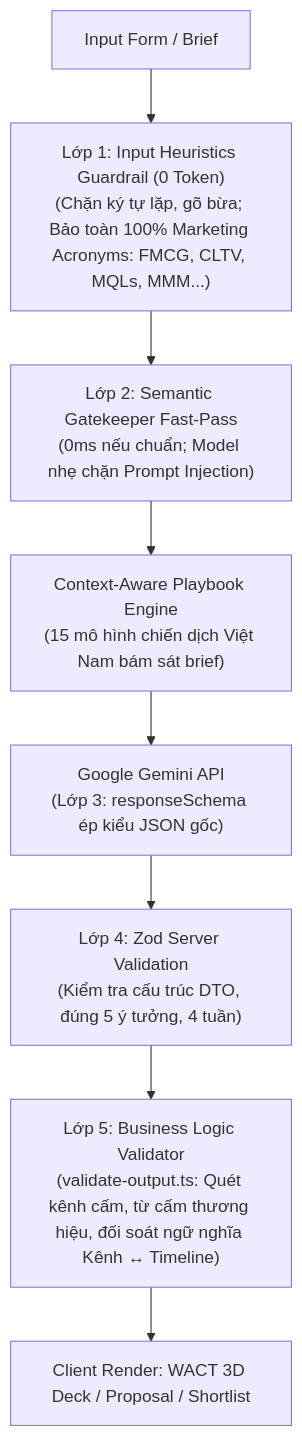
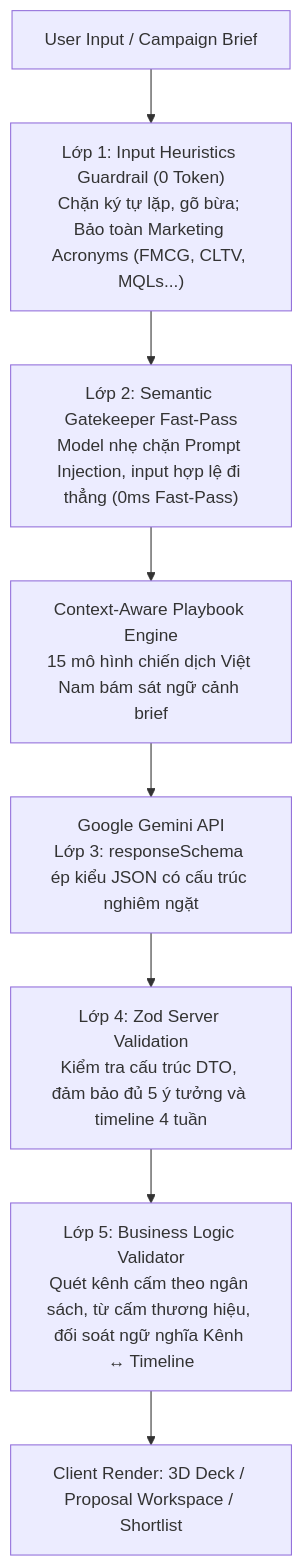
One commit to ngtkhanh/Marketing_AISupport changed the diagram in README.md. Above: the diagram before and after it, drawn with Mermaid. The commit also changed other lines of this file and 1 other file, not shown here.

````diff
--- a/README.md
+++ b/README.md
@@ -111,10 +70,10 @@
 ```mermaid
 flowchart TD
-    A["Input Form / Brief"] --> B["Lớp 1: Input Heuristics Guardrail (0 Token)<br>(Chặn ký tự lặp, gõ bừa; Bảo toàn 100% Marketing Acronyms: FMCG, CLTV, MQLs, MMM...)"]
-    B --> C["Lớp 2: Semantic Gatekeeper Fast-Pass<br>(0ms nếu chuẩn; Model nhẹ chặn Prompt Injection)"]
-    C --> D["Context-Aware Playbook Engine<br>(15 mô hình chiến dịch Việt Nam bám sát brief)"]
-    D --> E["Google Gemini API<br>(Lớp 3: responseSchema ép kiểu JSON gốc)"]
-    E --> F["Lớp 4: Zod Server Validation<br>(Kiểm tra cấu trúc DTO, đúng 5 ý tưởng, 4 tuần)"]
-    F --> G["Lớp 5: Business Logic Validator<br>(validate-output.ts: Quét kênh cấm, từ cấm thương hiệu, đối soát ngữ nghĩa Kênh ↔ Timeline)"]
-    G --> H["Client Render: WACT 3D Deck / Proposal / Shortlist"]
+    A["User Input / Campaign Brief"] --> B["Lớp 1: Input Heuristics Guardrail (0 Token)<br>Chặn ký tự lặp, gõ bừa; Bảo toàn Marketing Acronyms (FMCG, CLTV, MQLs...)"]
+    B --> C["Lớp 2: Semantic Gatekeeper Fast-Pass<br>Model nhẹ chặn Prompt Injection, input hợp lệ đi thẳng (0ms Fast-Pass)"]
+    C --> D["Context-Aware Playbook Engine<br>15 mô hình chiến dịch Việt Nam bám sát ngữ cảnh brief"]
+    D --> E["Google Gemini API<br>Lớp 3: responseSchema ép kiểu JSON có cấu trúc nghiêm ngặt"]
+    E --> F["Lớp 4: Zod Server Validation<br>Kiểm tra cấu trúc DTO, đảm bảo đủ 5 ý tưởng và timeline 4 tuần"]
+    F --> G["Lớp 5: Business Logic Validator<br>Quét kênh cấm theo ngân sách, từ cấm thương hiệu, đối soát ngữ nghĩa Kênh ↔ Timeline"]
+    G --> H["Client Render: 3D Deck / Proposal Workspace / Shortlist"]
 ```
````
